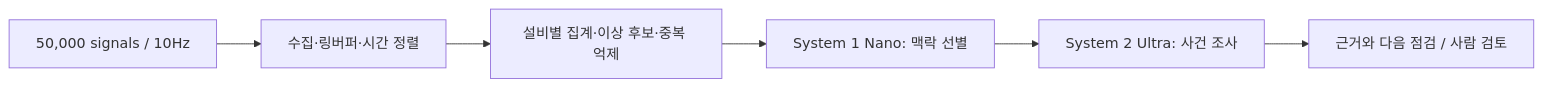
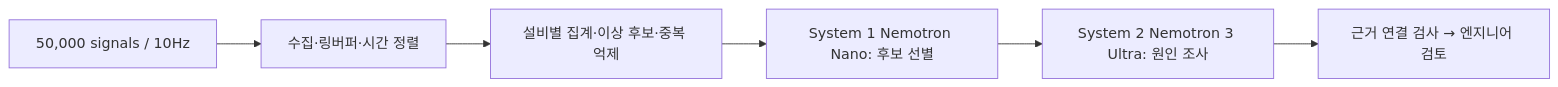
Before and after one commit to juyoungml/nvidia-hackathon: the diagram in docs/capacity-model.md, drawn with Mermaid. The commit also changed other lines of this file and 31 other files, not shown here.

````diff
--- a/docs/capacity-model.md
+++ b/docs/capacity-model.md
@@ -24,8 +24,8 @@
 ```mermaid
 flowchart LR
     A[50,000 signals / 10Hz] --> B[수집·링버퍼·시간 정렬]
     B --> C[설비별 집계·이상 후보·중복 억제]
-    C --> D[System 1 Nano: 맥락 선별]
-    D --> E[System 2 Ultra: 사건 조사]
-    E --> F[근거와 다음 점검 / 사람 검토]
+    C --> D[System 1 Nemotron Nano: 후보 선별]
+    D --> E[System 2 Nemotron 3 Ultra: 원인 조사]
+    E --> F[근거 연결 검사 → 엔지니어 검토]
 ```
````
